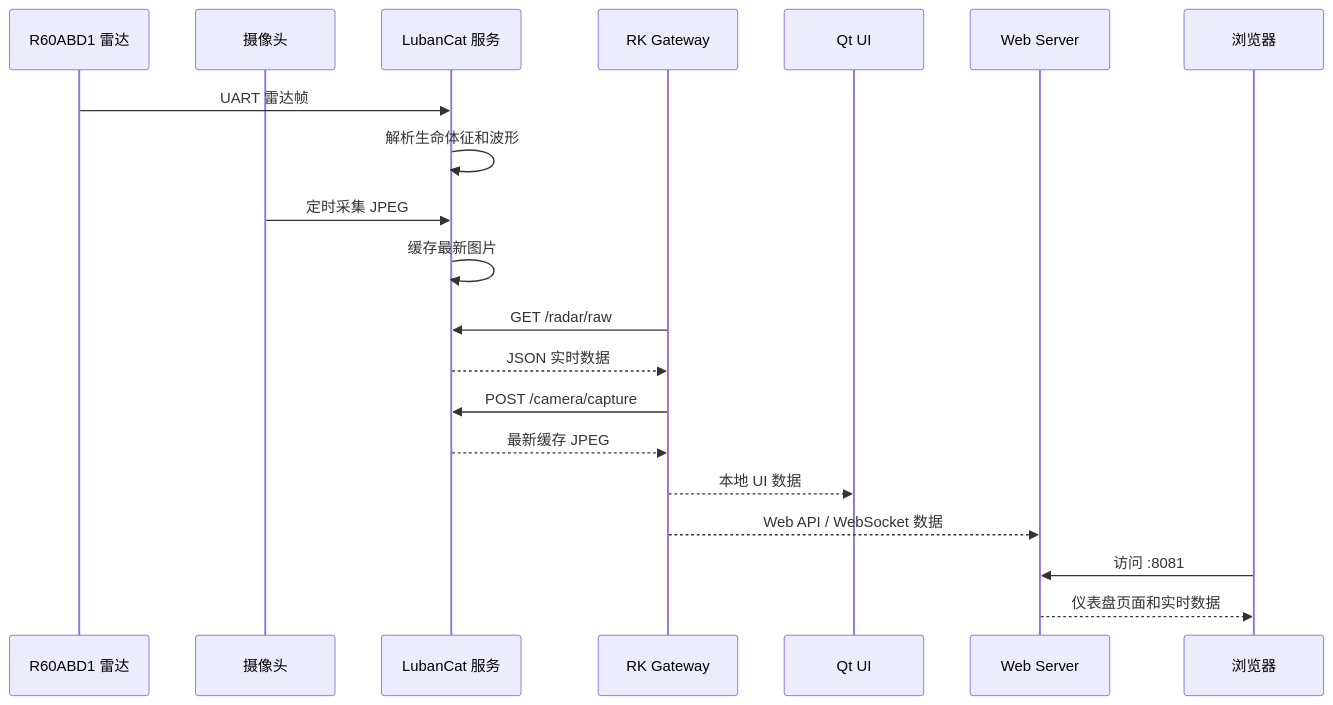
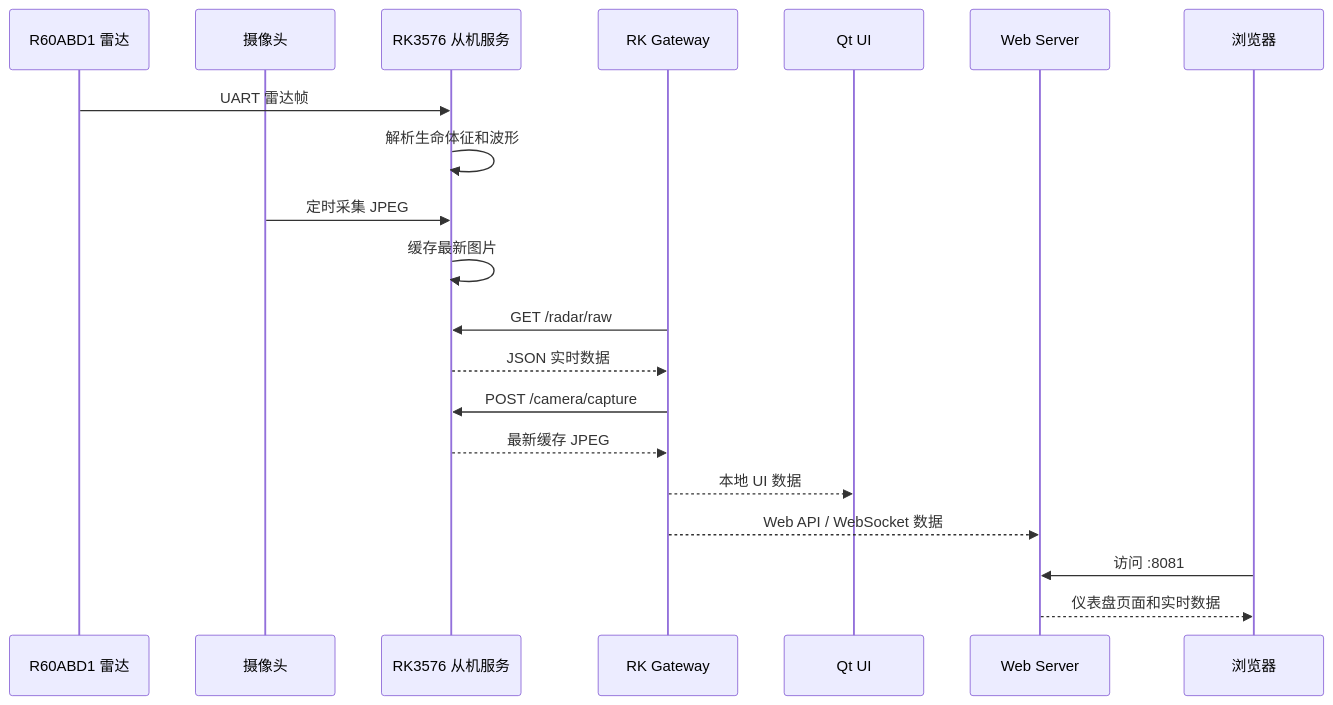
Before and after one commit to forever-520/qiansai-health-monitor: the diagram in docs/architecture.md, drawn with Mermaid. The commit also changed other lines of this file and 21 other files, not shown here.

Commit message:
Update architecture diagram and device naming

````diff
--- a/docs/architecture.md
+++ b/docs/architecture.md
@@ -16,23 +18,23 @@
 ```mermaid
 sequenceDiagram
   participant Radar as R60ABD1 雷达
   participant Camera as 摄像头
-  participant Cat as LubanCat 服务
+  participant Cat as RK3576 从机服务
   participant GW as RK Gateway
   participant Qt as Qt UI
   participant Web as Web Server
   participant Browser as 浏览器
 
   Radar->>Cat: UART 雷达帧
   Cat->>Cat: 解析生命体征和波形
   Camera->>Cat: 定时采集 JPEG
   Cat->>Cat: 缓存最新图片
   GW->>Cat: GET /radar/raw
   Cat-->>GW: JSON 实时数据
   GW->>Cat: POST /camera/capture
   Cat-->>GW: 最新缓存 JPEG
   GW-->>Qt: 本地 UI 数据
   GW-->>Web: Web API / WebSocket 数据
   Browser->>Web: 访问 :8081
   Web-->>Browser: 仪表盘页面和实时数据
 ```
````
